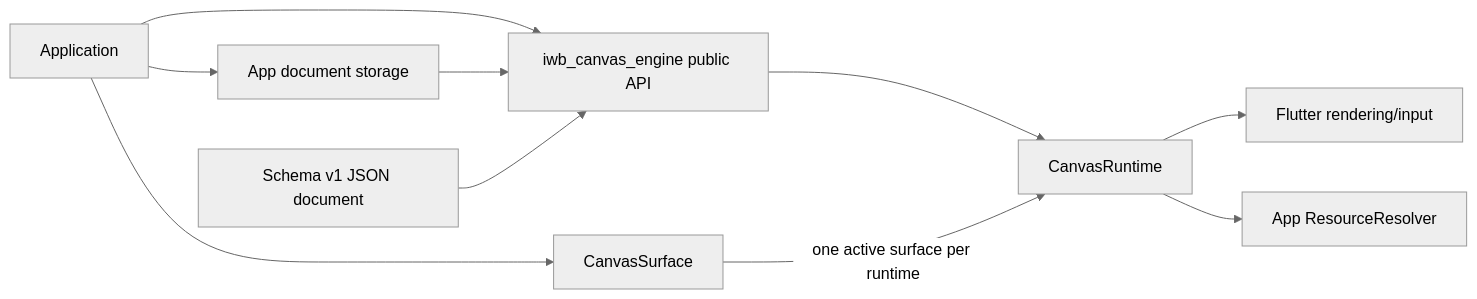
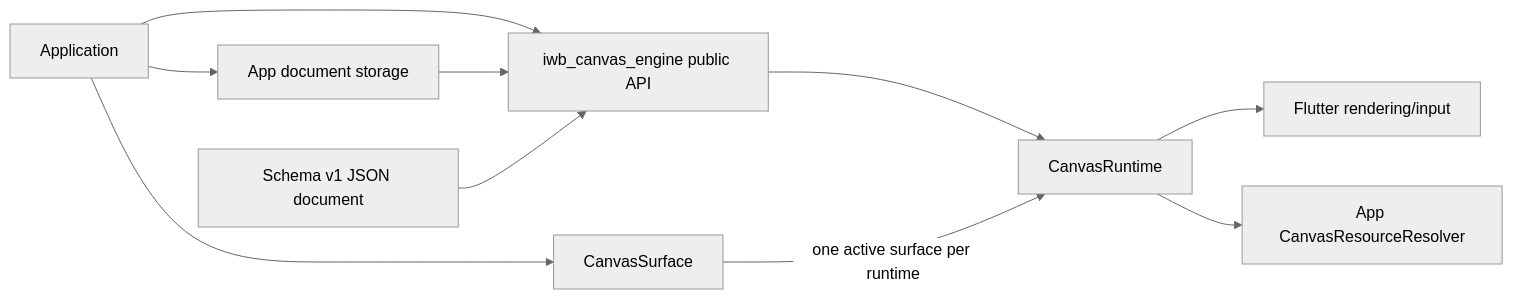
One commit to GreatPika/iwb_canvas_engine changed the diagram in docs/diagrams/c4_context.mmd. Above: the diagram before and after it, drawn with Mermaid (neutral theme). The commit also changed 12 other files, not shown here.

First line of the commit message:
docs: align p7 resource architecture graph

```diff
--- a/docs/diagrams/c4_context.mmd
+++ b/docs/diagrams/c4_context.mmd
@@ -1,10 +1,10 @@
 flowchart LR
   App[Application] --> API[iwb_canvas_engine public API]
   API --> Runtime[CanvasRuntime]
   App --> Surface[CanvasSurface]
   Surface -->|one active surface per runtime| Runtime
   Runtime --> Flutter[Flutter rendering/input]
-  Runtime --> Resolver[App ResourceResolver]
+  Runtime --> Resolver[App CanvasResourceResolver]
   App --> Storage[App document storage]
   Storage --> API
   JsonDocument[Schema v1 JSON document] --> API
```
